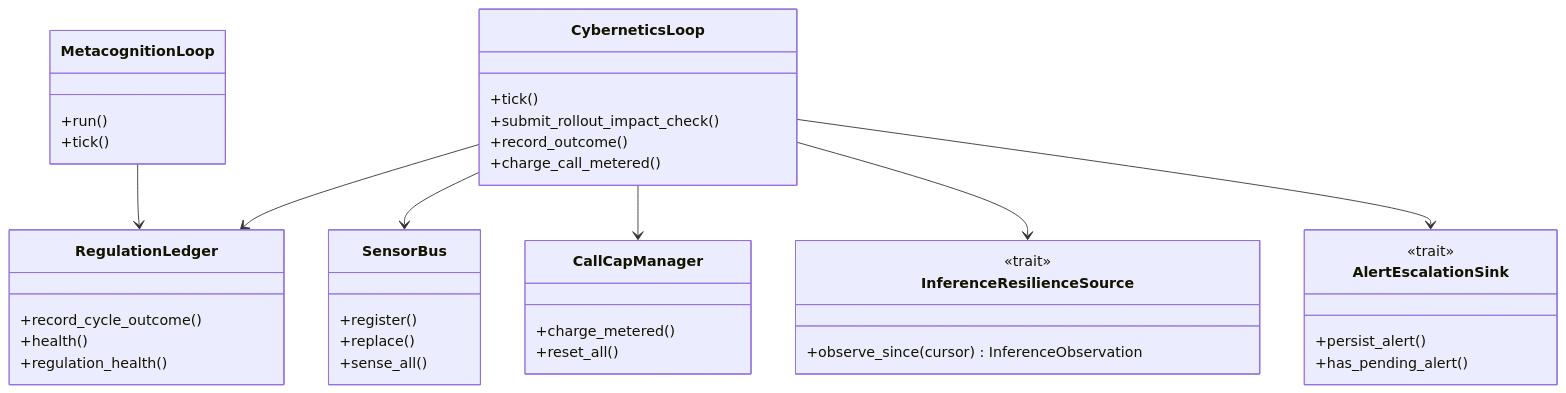
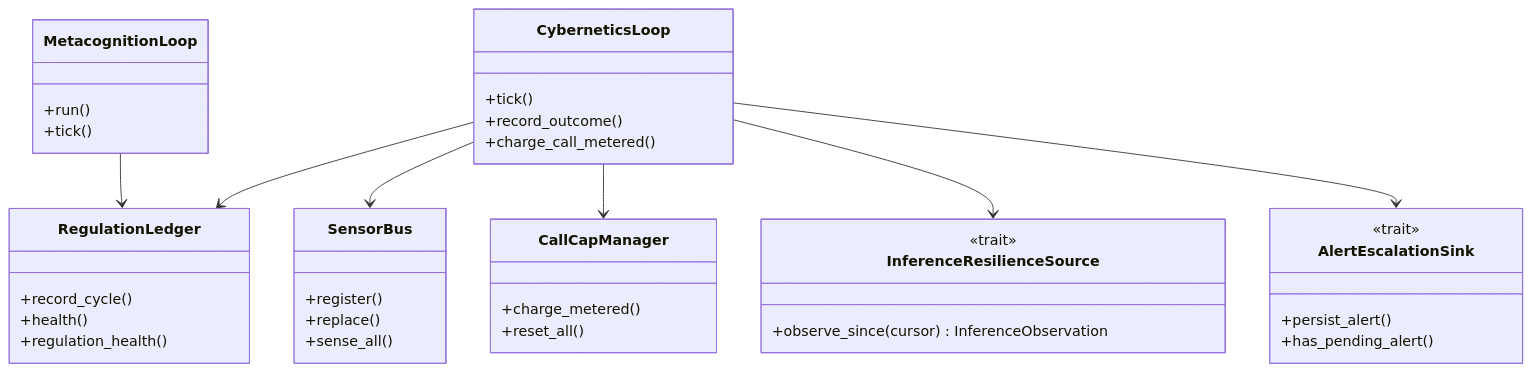
The first of 3 diagrams in kask/docs/diataxis/hkask-regulation/reference.md (mdz-axo/zed-kask), drawn with Mermaid before and after one commit. The commit also changed other lines of this file and 35 other files, not shown here.

````diff
--- a/kask/docs/diataxis/hkask-regulation/reference.md
+++ b/kask/docs/diataxis/hkask-regulation/reference.md
@@ -57,42 +57,41 @@
 ```mermaid
 classDiagram
     class CyberneticsLoop {
         +tick()
-        +submit_rollout_impact_check()
         +record_outcome()
         +charge_call_metered()
     }
     class RegulationLedger {
-        +record_cycle_outcome()
+        +record_cycle()
         +health()
         +regulation_health()
     }
     class SensorBus {
         +register()
         +replace()
         +sense_all()
     }
     class CallCapManager {
         +charge_metered()
         +reset_all()
     }
     class InferenceResilienceSource {
         <<trait>>
         +observe_since(cursor) InferenceObservation
     }
     class MetacognitionLoop {
         +run()
         +tick()
     }
     class AlertEscalationSink {
         <<trait>>
         +persist_alert()
         +has_pending_alert()
     }
     CyberneticsLoop --> RegulationLedger
     CyberneticsLoop --> SensorBus
     CyberneticsLoop --> CallCapManager
     CyberneticsLoop --> InferenceResilienceSource
     CyberneticsLoop --> AlertEscalationSink
     MetacognitionLoop --> RegulationLedger
 ```
````
